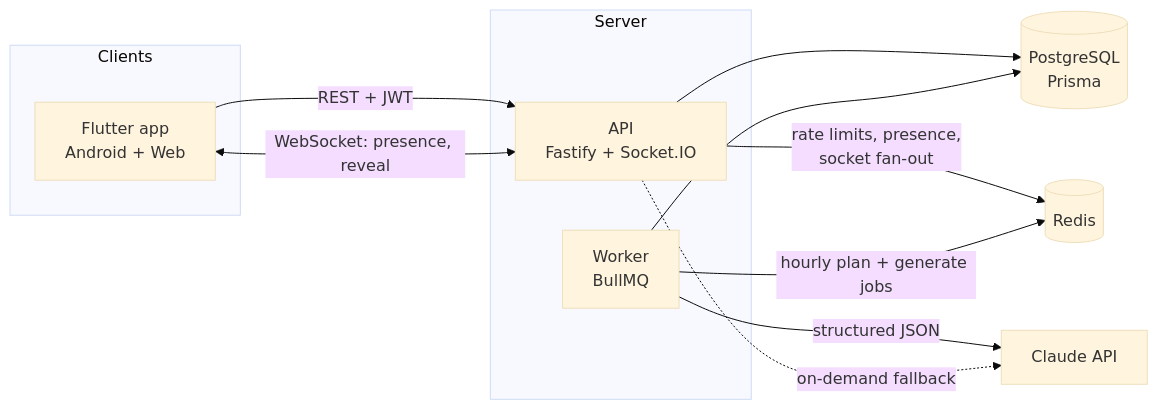
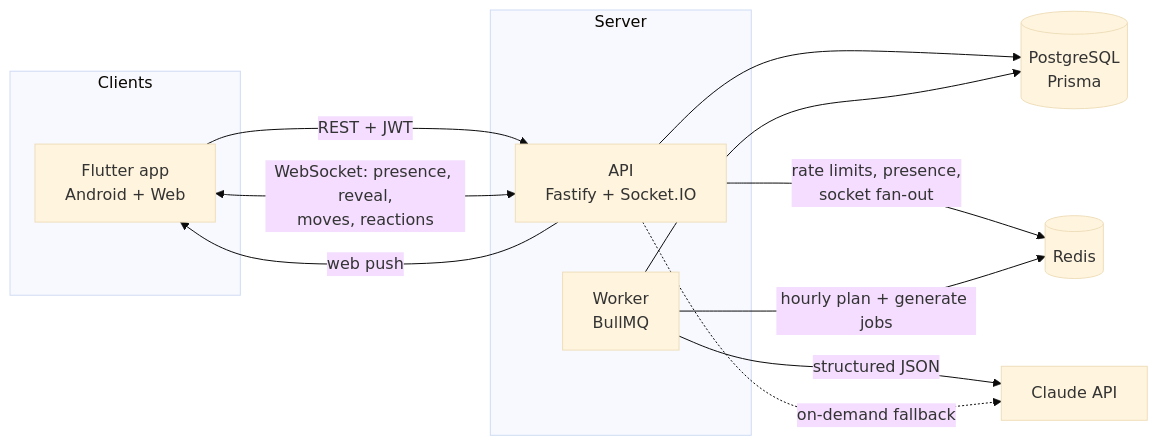
The diagram in README.md (diksha123b/duo), drawn with Mermaid (base theme) before and after one commit. The commit also changed other lines of this file and 25 other files, not shown here.

First line of the commit message:
Reactions, chat and web push on the client; README refresh

````diff
--- a/README.md
+++ b/README.md
@@ -26,22 +41,23 @@
 ```mermaid
 flowchart LR
   subgraph Clients
     A[Flutter app<br/>Android + Web]
   end
   subgraph Server
     API[API<br/>Fastify + Socket.IO]
     W[Worker<br/>BullMQ]
   end
   PG[(PostgreSQL<br/>Prisma)]
   R[(Redis)]
   LLM[Claude API]
 
   A -- REST + JWT --> API
-  A <-- WebSocket: presence, reveal --> API
+  A <-- WebSocket: presence, reveal,<br/>moves, reactions --> API
+  API -- web push --> A
   API --> PG
   API -- rate limits, presence,<br/>socket fan-out --> R
   W -- hourly plan + generate jobs --> R
   W --> PG
   W -- structured JSON --> LLM
   API -. on-demand fallback .-> LLM
 ```
````
